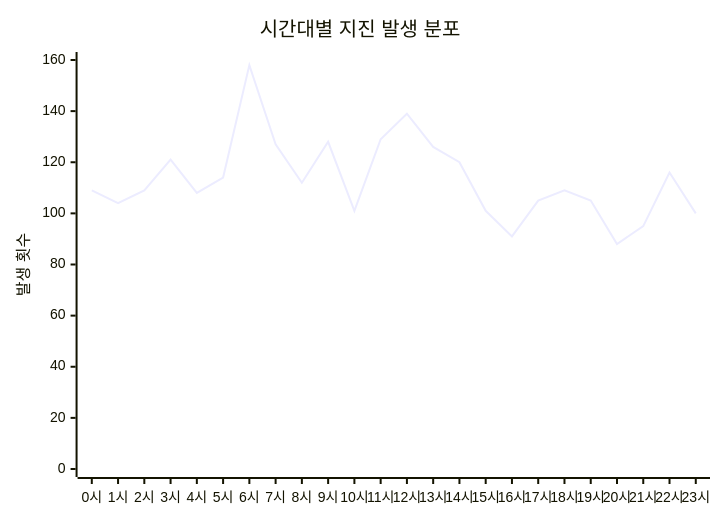
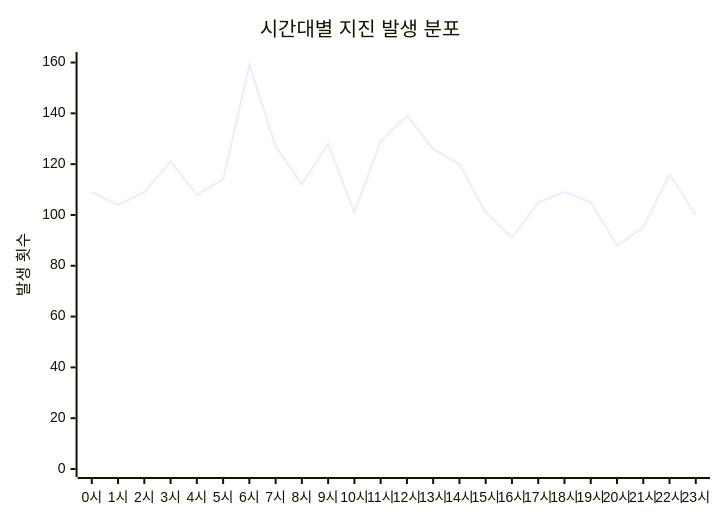
Before and after one commit to serendip811/japan-eq: the diagram in charts/time-chart.md, drawn with Mermaid. The commit also changed other lines of this file and 5 other files, not shown here.

Commit message:
Update earthquake data and charts Fri Sep 26 07:04:33 UTC 2025

````diff
--- a/charts/time-chart.md
+++ b/charts/time-chart.md
@@ -3,7 +3,7 @@
 ```mermaid
 xychart-beta
     title "시간대별 지진 발생 분포"
     x-axis ["0시", "1시", "2시", "3시", "4시", "5시", "6시", "7시", "8시", "9시", "10시", "11시", "12시", "13시", "14시", "15시", "16시", "17시", "18시", "19시", "20시", "21시", "22시", "23시"]
-    y-axis "발생 횟수" 0 --> 160
-    line [109, 104, 109, 121, 108, 114, 158, 127, 112, 128, 101, 129, 139, 126, 120, 101, 91, 105, 109, 105, 88, 95, 116, 100]
+    y-axis "발생 횟수" 0 --> 161
+    line [109, 104, 109, 121, 108, 114, 159, 127, 112, 128, 101, 129, 139, 126, 120, 101, 91, 105, 109, 105, 88, 95, 116, 100]
 ```
````
